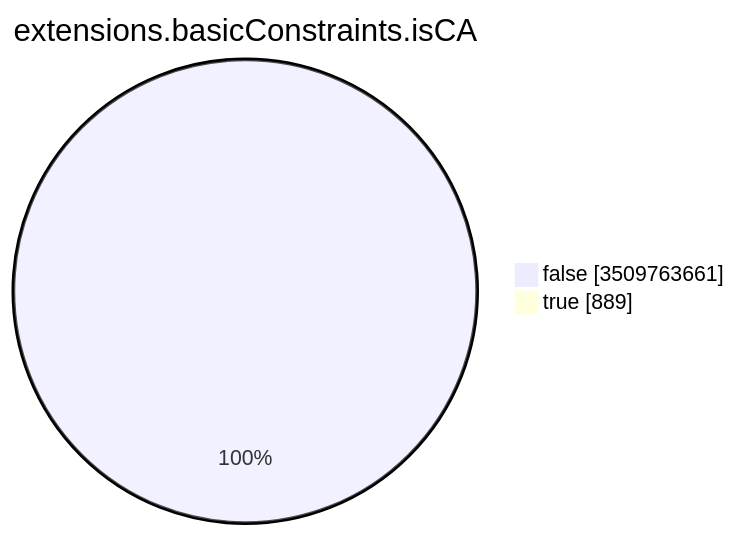
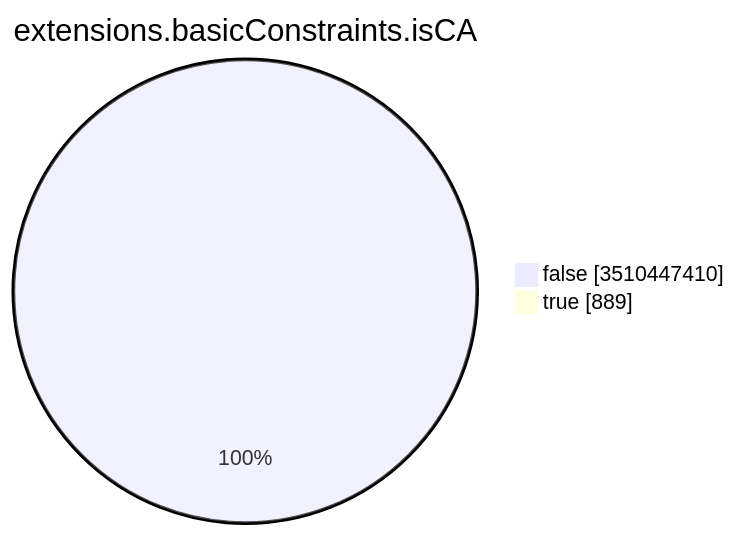
Before and after one commit to christiankrug/ctmonitor_visualization: the seventh of 15 diagrams in TOTAL/README.md, drawn with Mermaid. The commit also changed other lines of this file, not shown here.

````diff
--- a/TOTAL/README.md
+++ b/TOTAL/README.md
@@ -3094,6 +3094,6 @@
 ```mermaid
 pie showData
 title extensions.basicConstraints.isCA
-"false" :3509763661
+"false" :3510447410
 "true" :889
 ```
````
